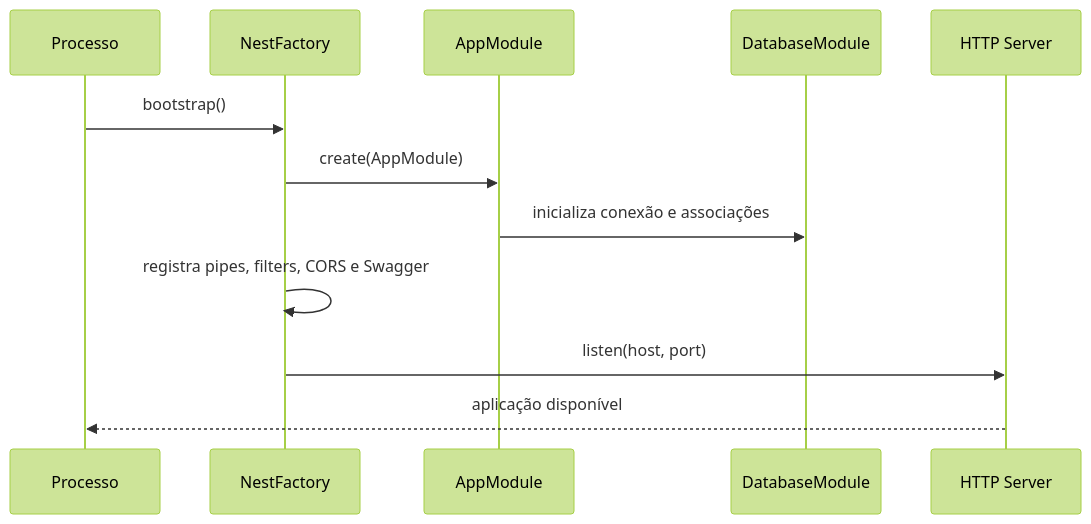
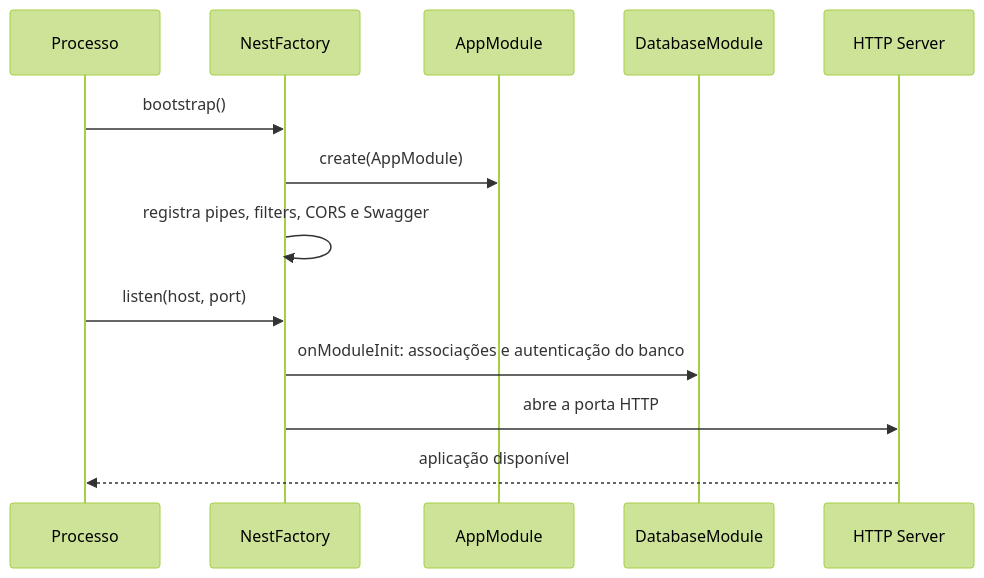
Before and after one commit to thaissacarvalho/Catalisa: the diagram in docs/flows/modules/app.md, drawn with Mermaid (forest theme). The commit also changed 18 other files, not shown here.

```diff
--- a/docs/flows/modules/app.md
+++ b/docs/flows/modules/app.md
@@ -5,14 +5,15 @@
 ~~~mermaid
 sequenceDiagram
   participant P as Processo
   participant N as NestFactory
   participant M as AppModule
   participant D as DatabaseModule
   participant H as HTTP Server
   P->>N: bootstrap()
   N->>M: create(AppModule)
-  M->>D: inicializa conexão e associações
   N->>N: registra pipes, filters, CORS e Swagger
-  N->>H: listen(host, port)
+  P->>N: listen(host, port)
+  N->>D: onModuleInit: associações e autenticação do banco
+  N->>H: abre a porta HTTP
   H-->>P: aplicação disponível
 ~~~
```
